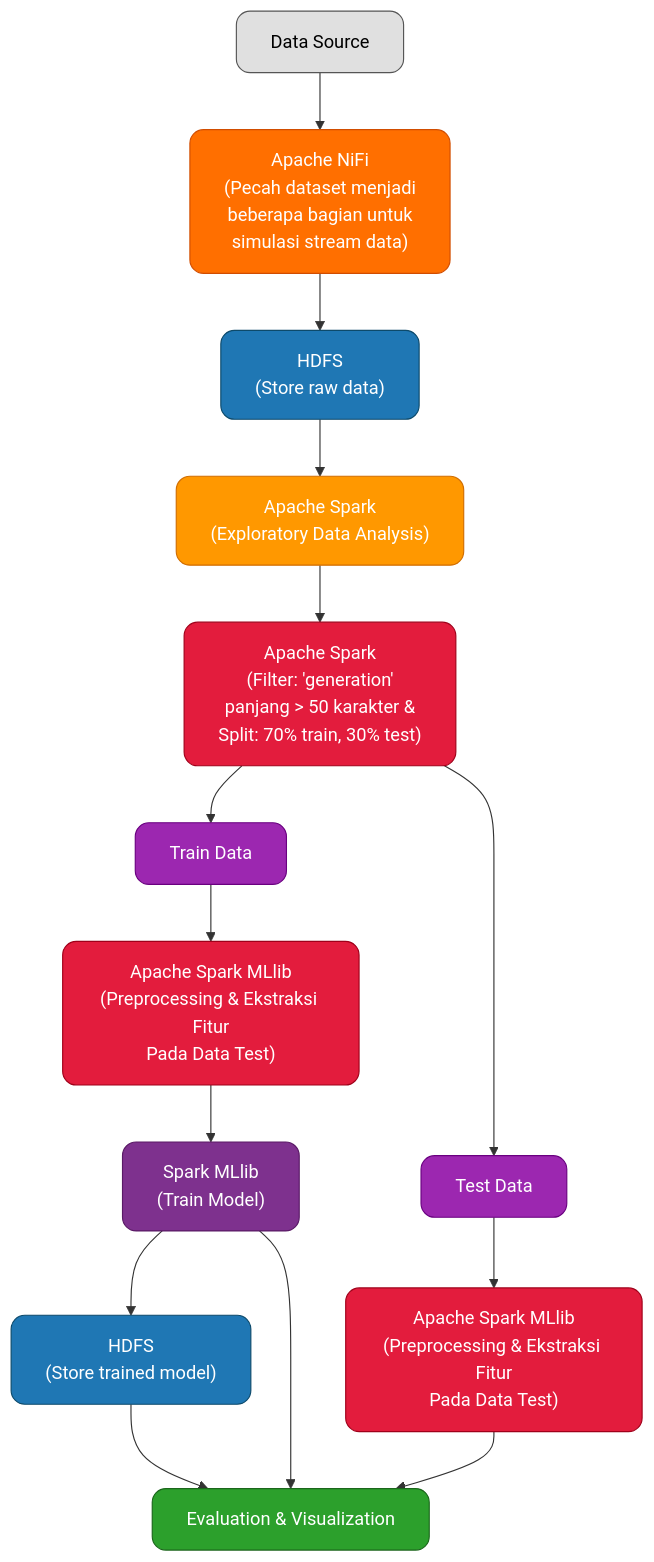
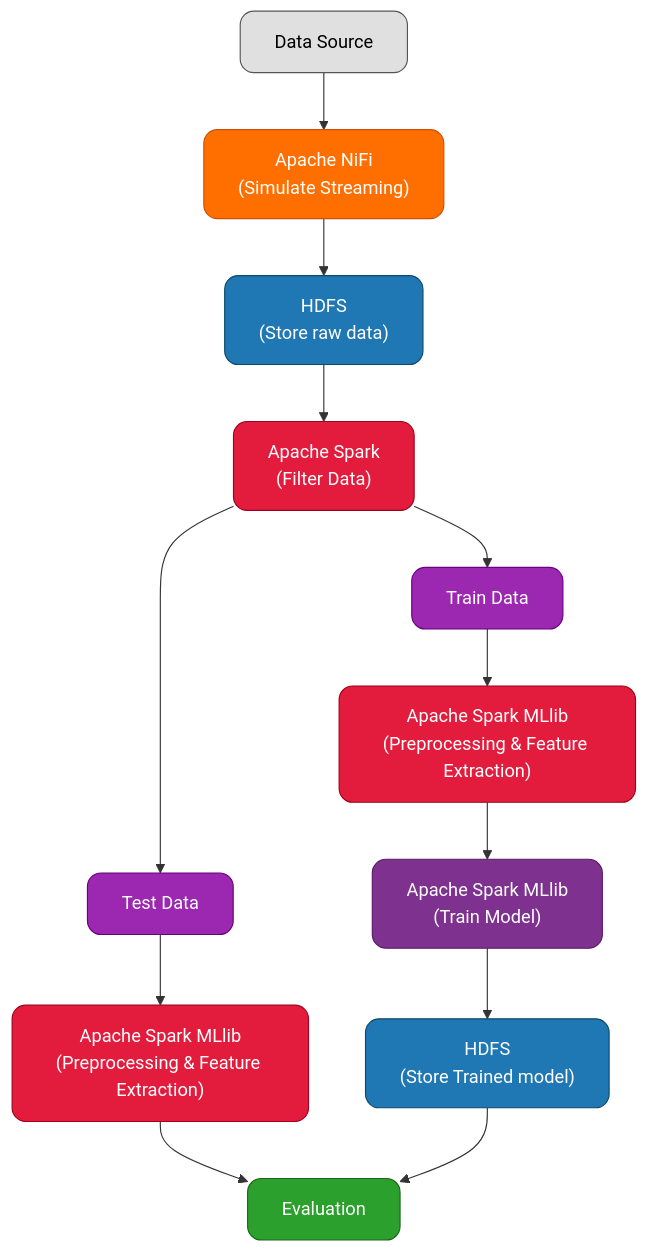
One commit to rafyakbar/big-data-stack changed the diagram in README.md. Above: the diagram before and after it, drawn with Mermaid.

````diff
--- a/README.md
+++ b/README.md
@@ -1,43 +1,40 @@
 ```mermaid
 flowchart TD
     %% Definisi gaya warna berdasarkan komponen
     classDef source fill:#e0e0e0,stroke:#555,color:#000,rx:12,ry:12;
     classDef nifi fill:#ff6f00,stroke:#d14d00,color:#fff,rx:12,ry:12;
     classDef hdfs fill:#1f77b4,stroke:#0d4a6b,color:#fff,rx:12,ry:12;
     classDef spark fill:#e31c3d,stroke:#a0001a,color:#fff,rx:12,ry:12;
     classDef mllib fill:#7e318e,stroke:#5a1a66,color:#fff,rx:12,ry:12;
     classDef viz fill:#2ca02c,stroke:#1b661b,color:#fff,rx:12,ry:12;
     classDef eda fill:#ff9800,stroke:#d16e00,color:#fff,rx:12,ry:12;
     classDef intermediate fill:#9c27b0,stroke:#6a0080,color:#fff,rx:12,ry:12;
 
-    A[Data Source] --> B["Apache NiFi<br>(Pecah dataset menjadi<br>beberapa bagian untuk<br>simulasi stream data)"]
+    A[Data Source] --> B["Apache NiFi<br>(Simulate Streaming)"]
     B --> C["HDFS<br>(Store raw data)"]
-    C --> D["Apache Spark<br>(Exploratory Data Analysis)"]
-    D --> E["Apache Spark<br>(Filter: 'generation'<br>panjang > 50 karakter &<br>Split: 70% train, 30% test)"]
+    C --> D["Apache Spark<br>(Filter Data)"]
 
     %% Cabang Train
-    E --> H1["Train Data"]
-    H1 --> I1["Apache Spark MLlib<br>(Preprocessing & Ekstraksi Fitur<br>Pada Data Test)"]
-    I1 --> K["Spark MLlib<br>(Train Model)"]
-    K --> L["HDFS<br>(Store trained model)"]
+    D --> H1["Train Data"]
+    H1 --> I1["Apache Spark MLlib<br>(Preprocessing & Feature Extraction)"]
+    I1 --> K["Apache Spark MLlib<br>(Train Model)"]
+    K --> L["HDFS<br>(Store Trained model)"]
 
     %% Cabang Test
-    E --> H2["Test Data"]
-    H2 --> I2["Apache Spark MLlib<br>(Preprocessing & Ekstraksi Fitur<br>Pada Data Test)"]
+    D --> H2["Test Data"]
+    H2 --> I2["Apache Spark MLlib<br>(Preprocessing & Feature Extraction)"]
 
-    %% Gabung untuk evaluasi
-    K --> M
-    I2 --> M
+    %% Gabungan untuk evaluasi
+    I2 --> M["Evaluation"]
     L --> M
-    M["Evaluation & Visualization"]
 
     %% Terapkan kelas warna
     class A source;
     class B nifi;
-    class C,J1,J2,L hdfs;
-    class D,E,I1,I2 spark;
+    class C,L hdfs;
+    class D,I1,I2 spark;
     class K mllib;
     class M viz;
-    class D eda;
     class H1,H2 intermediate;
+
 ```
````
